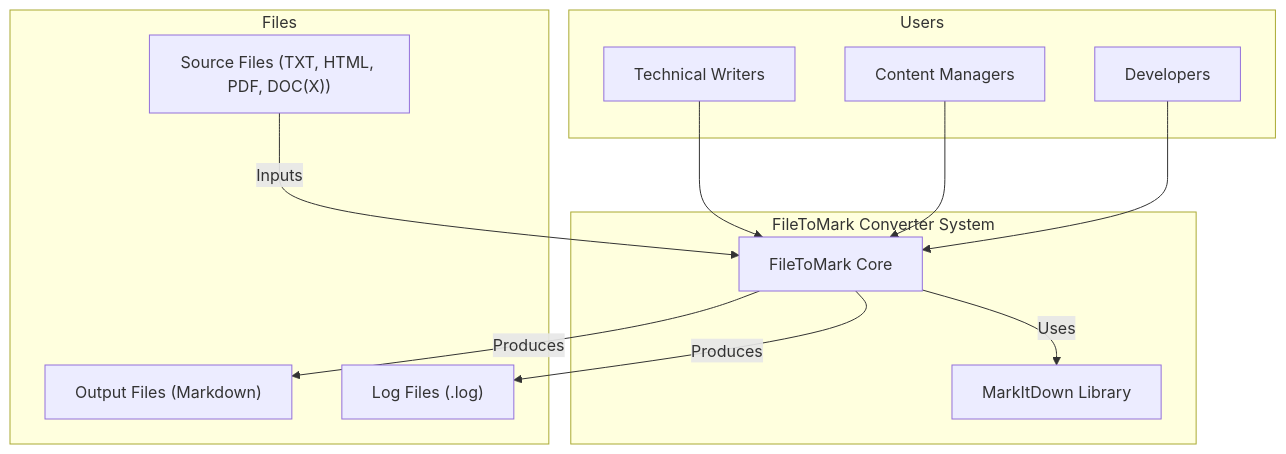
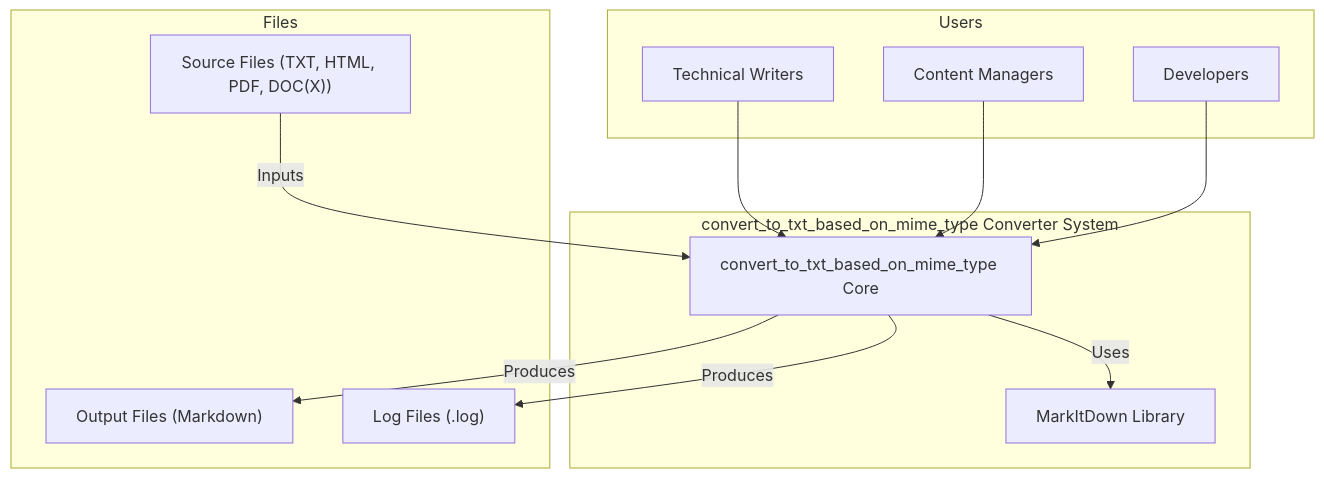
One commit to the-ride-never-ends/convert_to_txt_based_on_mime_type changed the first of 5 diagrams in docs/SAD.md. Above: the diagram before and after it, drawn with Mermaid. The commit also changed other lines of this file and 23 other files, not shown here.

````diff
--- a/docs/SAD.md
+++ b/docs/SAD.md
@@ -48,28 +58,28 @@
 ```mermaid
 flowchart TB
     subgraph Users
         TW["Technical Writers"]
         CM["Content Managers"]
         DV["Developers"]
     end
 
-    subgraph FileToMark["FileToMark Converter System"]
-        FC["FileToMark Core"]
+    subgraph FileToMark["convert_to_txt_based_on_mime_type Converter System"]
+        FC["convert_to_txt_based_on_mime_type Core"]
         ML["MarkItDown Library"]
     end
 
     subgraph Files
         SF["Source Files (TXT, HTML, PDF, DOC(X))"]
         OF["Output Files (Markdown)"]
         LOG["Log Files (.log)"]
     end
 
     TW --> FC
     CM --> FC
     DV --> FC
     
     FC --> |Uses| ML
     SF --> |Inputs| FC
     FC --> |Produces|OF
     FC --> |Produces|LOG
 ```
````
